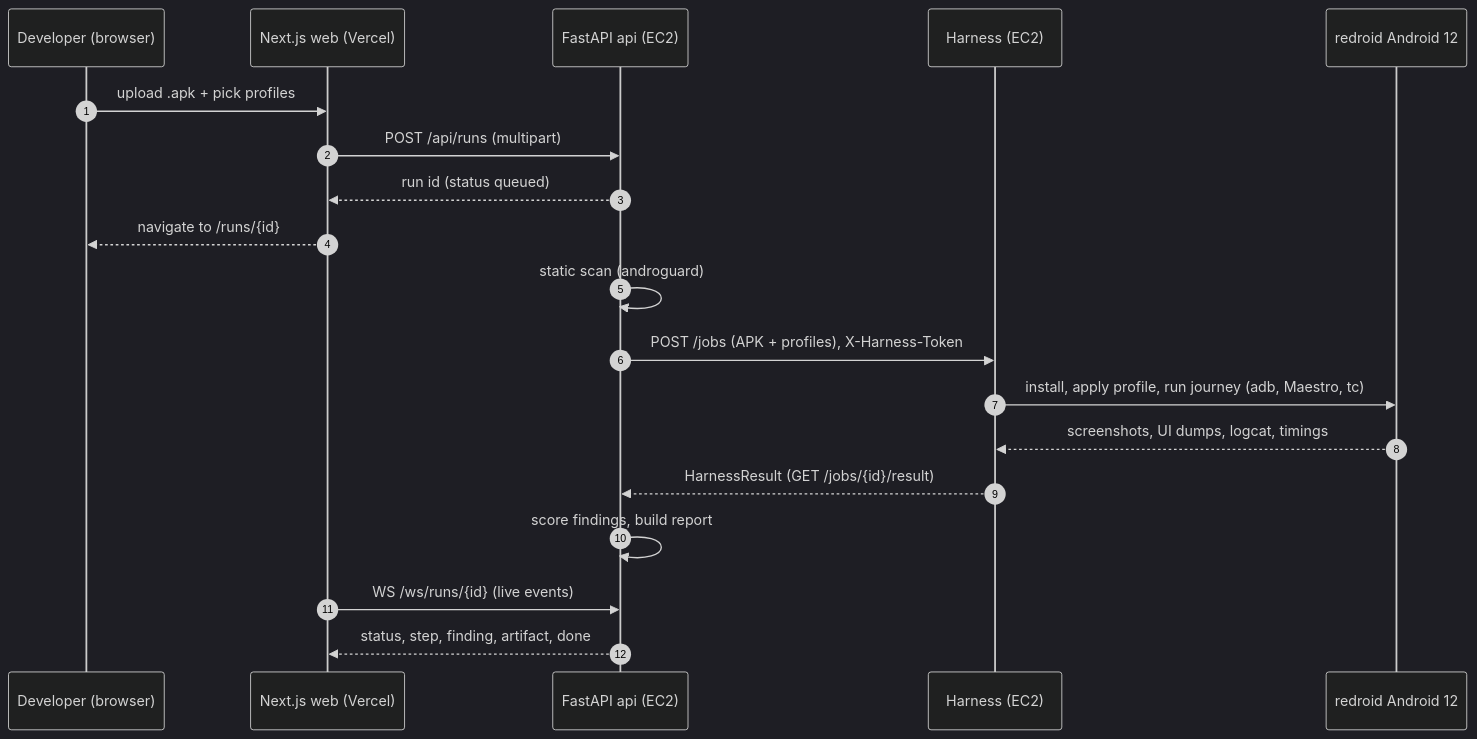
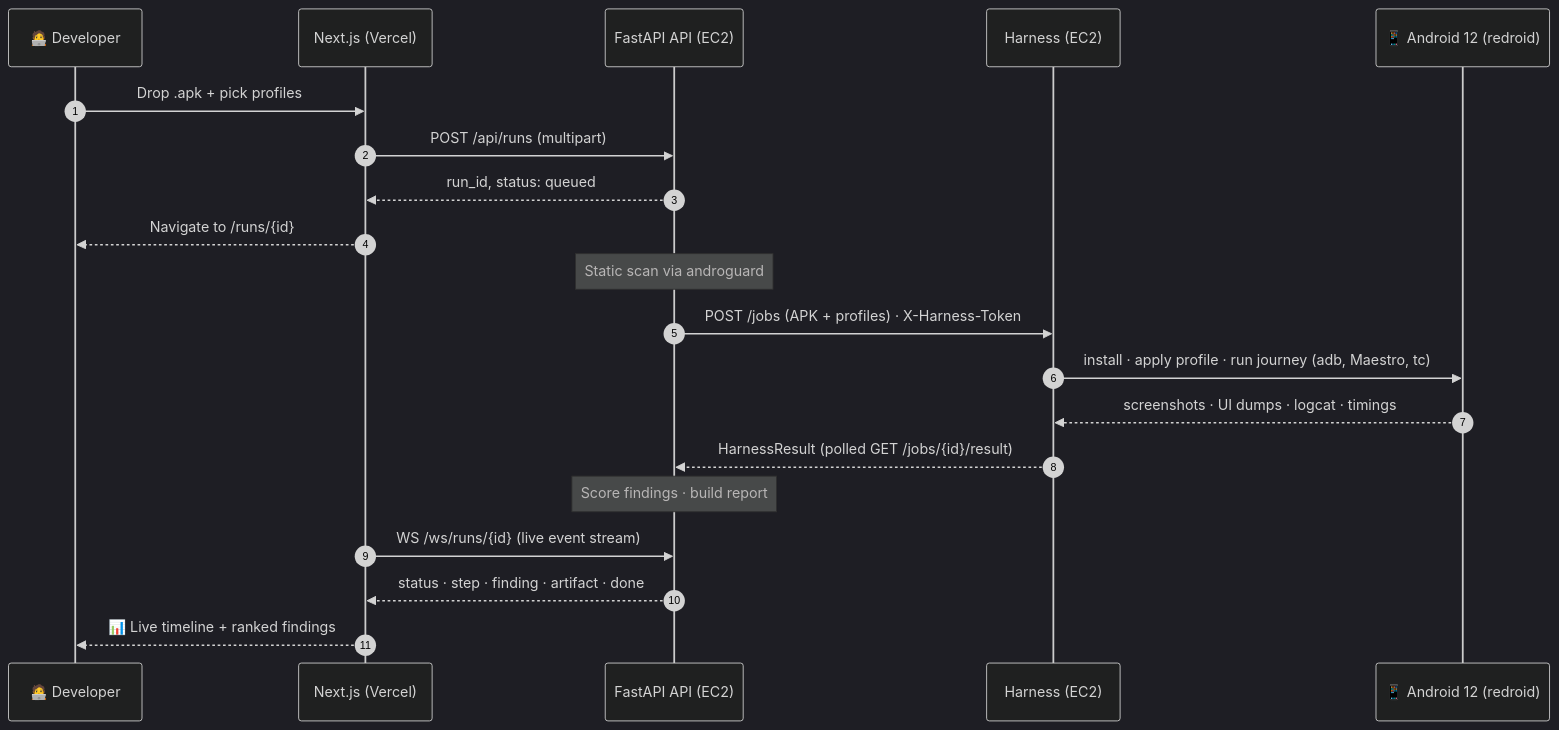
One commit to krishna-notfound/bharatbench changed the first of 2 diagrams in README.md. Above: the diagram before and after it, drawn with Mermaid (dark theme). The commit also changed other lines of this file, not shown here.

````diff
--- a/README.md
+++ b/README.md
@@ -72,22 +126,23 @@
 ```mermaid
 sequenceDiagram
     autonumber
-    participant D as Developer (browser)
-    participant W as Next.js web (Vercel)
-    participant A as FastAPI api (EC2)
+    participant D as 🧑‍💻 Developer
+    participant W as Next.js (Vercel)
+    participant A as FastAPI API (EC2)
     participant H as Harness (EC2)
-    participant R as redroid Android 12
+    participant R as 📱 Android 12 (redroid)
 
-    D->>W: upload .apk + pick profiles
+    D->>W: Drop .apk + pick profiles
     W->>A: POST /api/runs (multipart)
-    A-->>W: run id (status queued)
-    W-->>D: navigate to /runs/{id}
-    A->>A: static scan (androguard)
-    A->>H: POST /jobs (APK + profiles), X-Harness-Token
-    H->>R: install, apply profile, run journey (adb, Maestro, tc)
-    R-->>H: screenshots, UI dumps, logcat, timings
-    H-->>A: HarnessResult (GET /jobs/{id}/result)
-    A->>A: score findings, build report
-    W->>A: WS /ws/runs/{id} (live events)
-    A-->>W: status, step, finding, artifact, done
+    A-->>W: run_id, status: queued
+    W-->>D: Navigate to /runs/{id}
+    Note over A: Static scan via androguard
+    A->>H: POST /jobs (APK + profiles) · X-Harness-Token
+    H->>R: install · apply profile · run journey (adb, Maestro, tc)
+    R-->>H: screenshots · UI dumps · logcat · timings
+    H-->>A: HarnessResult (polled GET /jobs/{id}/result)
+    Note over A: Score findings · build report
+    W->>A: WS /ws/runs/{id} (live event stream)
+    A-->>W: status · step · finding · artifact · done
+    W-->>D: 📊 Live timeline + ranked findings
 ```
````
